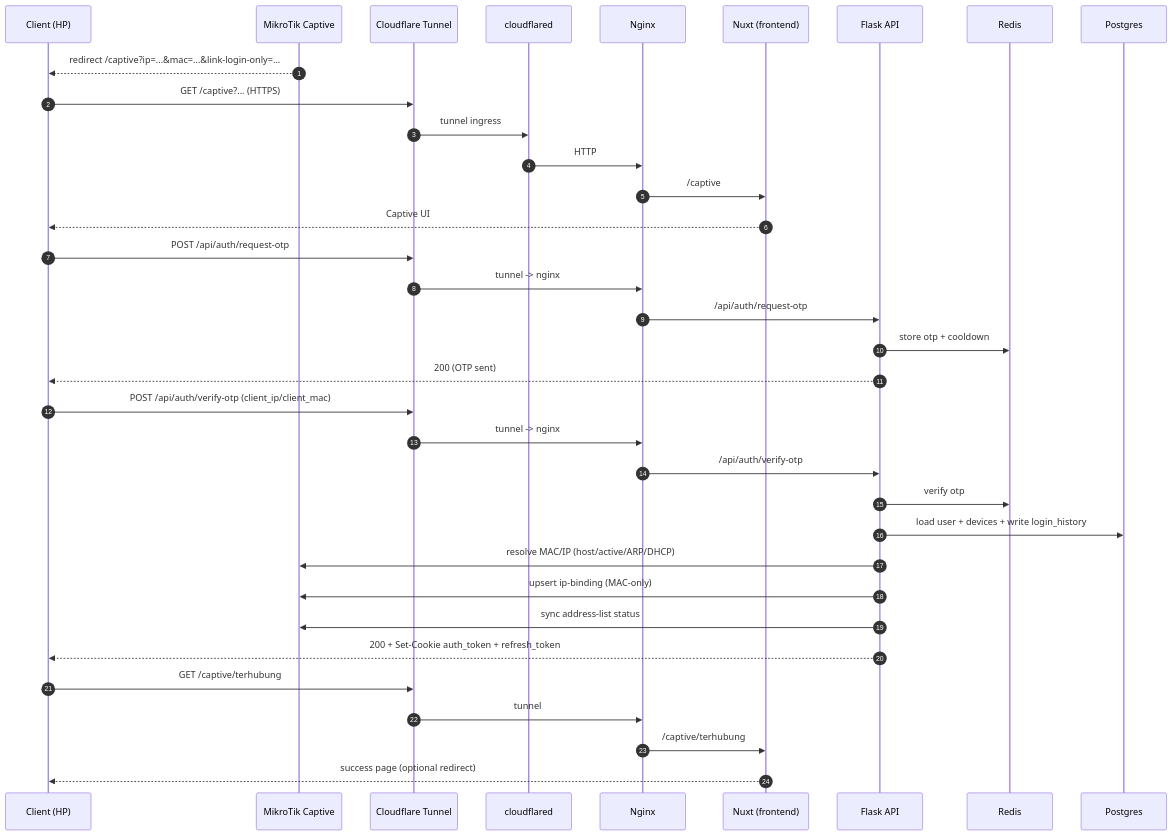
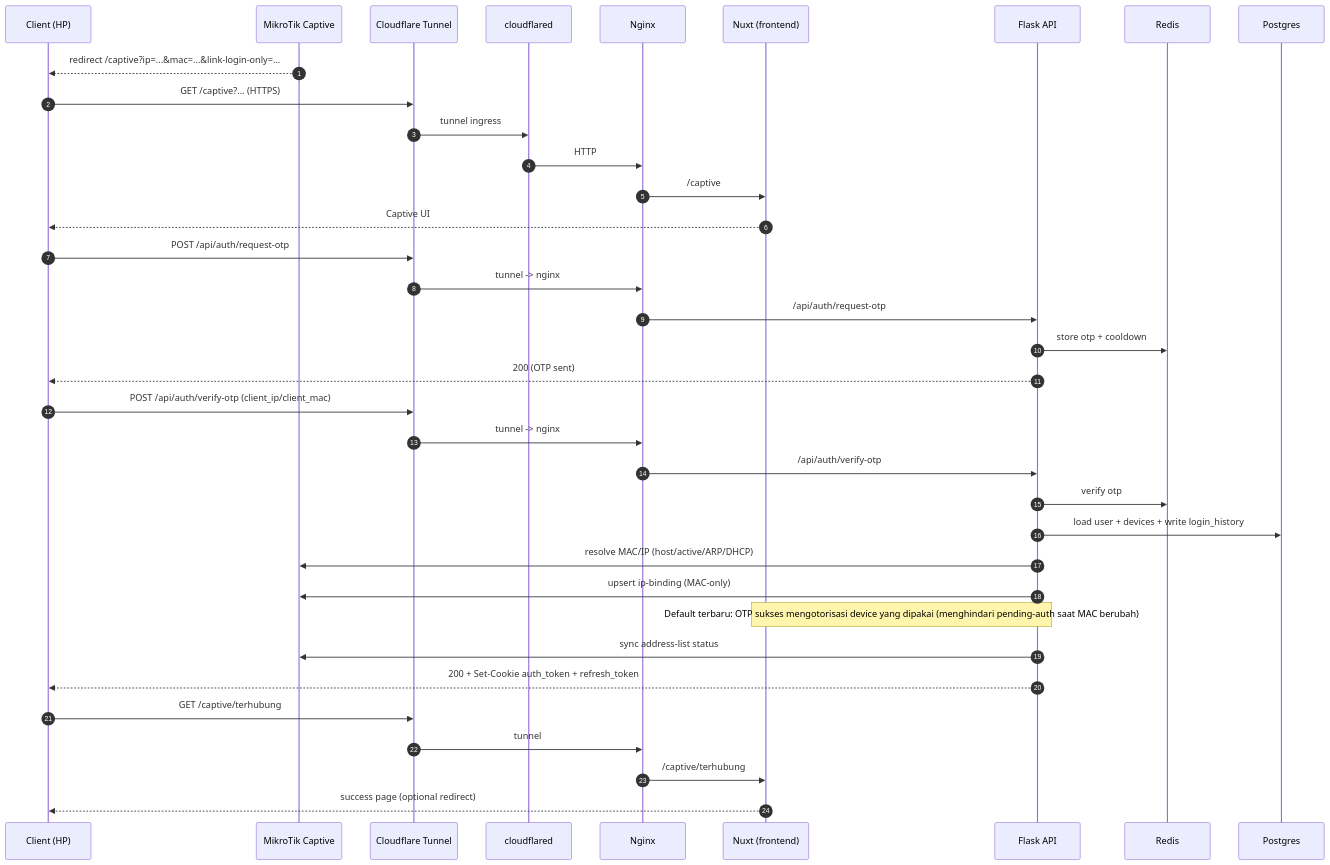
One commit to babahdigital/lpsaring changed the third of 5 diagrams in docs/ARCHITECTURE_DIAGRAMS.md. Above: the diagram before and after it, drawn with Mermaid. The commit also changed 4 other files, not shown here.

First line of the commit message:
Docs: update OTP login flow

````diff
--- a/docs/ARCHITECTURE_DIAGRAMS.md
+++ b/docs/ARCHITECTURE_DIAGRAMS.md
@@ -72,41 +72,42 @@
 ```mermaid
 sequenceDiagram
   autonumber
   participant U as Client (HP)
   participant MT as MikroTik Captive
   participant CF as Cloudflare Tunnel
   participant FL as cloudflared
   participant NX as Nginx
   participant FE as Nuxt (frontend)
   participant BE as Flask API
   participant RD as Redis
   participant PG as Postgres
 
   MT-->>U: redirect /captive?ip=...&mac=...&link-login-only=...
   U->>CF: GET /captive?... (HTTPS)
   CF->>FL: tunnel ingress
   FL->>NX: HTTP
   NX->>FE: /captive
   FE-->>U: Captive UI
 
   U->>CF: POST /api/auth/request-otp
   CF->>NX: tunnel -> nginx
   NX->>BE: /api/auth/request-otp
   BE->>RD: store otp + cooldown
   BE-->>U: 200 (OTP sent)
 
   U->>CF: POST /api/auth/verify-otp (client_ip/client_mac)
   CF->>NX: tunnel -> nginx
   NX->>BE: /api/auth/verify-otp
   BE->>RD: verify otp
   BE->>PG: load user + devices + write login_history
   BE->>MT: resolve MAC/IP (host/active/ARP/DHCP)
   BE->>MT: upsert ip-binding (MAC-only)
+  Note over FE,BE: Default terbaru: OTP sukses mengotorisasi device yang dipakai (menghindari pending-auth saat MAC berubah)
   BE->>MT: sync address-list status
   BE-->>U: 200 + Set-Cookie auth_token + refresh_token
 
   U->>CF: GET /captive/terhubung
   CF->>NX: tunnel
   NX->>FE: /captive/terhubung
   FE-->>U: success page (optional redirect)
 ```
````
